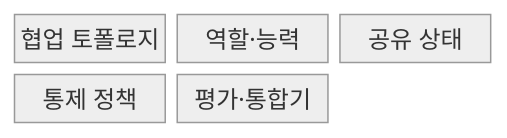
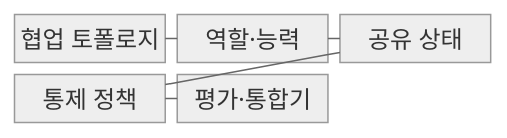
Before and after one commit to agnusdei1207/knowledge-base: the first of 2 diagrams in src/content/docs/notes/08-latest-tech/013_multi_agent_collaboration.md, drawn with Mermaid (neutral theme). The commit also changed other lines of this file and 228 other files, not shown here.

````diff
--- a/src/content/docs/notes/08-latest-tech/013_multi_agent_collaboration.md
+++ b/src/content/docs/notes/08-latest-tech/013_multi_agent_collaboration.md
@@ -52,9 +52,13 @@
 ```mermaid
 block-beta
     columns 3
     T["협업 토폴로지"]
     R["역할·능력"]
     S["공유 상태"]
     P["통제 정책"]
     E["평가·통합기"]
+    T --- R
+    R --- S
+    S --- P
+    P --- E
 ```
````
